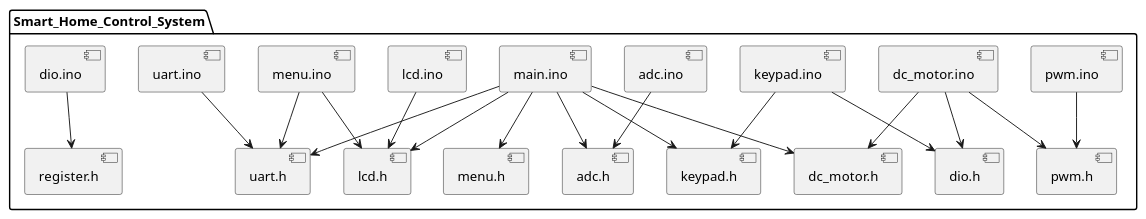
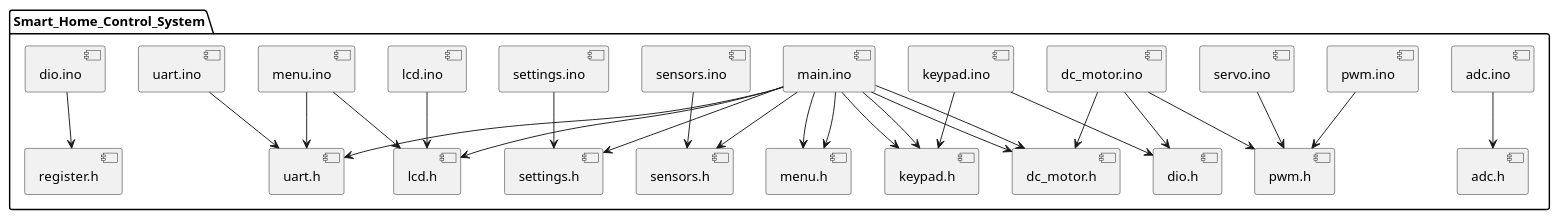
One commit to malikanas553/Smart-Home-Control-System changed the second of 2 diagrams in design/project_design_tpl.md. Above: the diagram before and after it, drawn with PlantUML.

Commit message:
Updated Include Section

````diff
--- a/design/project_design_tpl.md
+++ b/design/project_design_tpl.md
@@ -194,24 +194,32 @@
 ```plantuml
 @startuml
 package "Smart_Home_Control_System" {
     [adc.ino] --> [adc.h]
     [lcd.ino] --> [lcd.h]
     [uart.ino] --> [uart.h]
     [keypad.ino] --> [keypad.h]
     [keypad.ino] --> [dio.h]
     [pwm.ino] --> [pwm.h]
     [dc_motor.ino] --> [dc_motor.h]
     [dc_motor.ino] --> [dio.h]
     [dc_motor.ino] --> [pwm.h]
     [menu.ino] --> [lcd.h]
     [menu.ino] --> [uart.h]
-    [main.ino] --> [adc.h]
     [main.ino] --> [lcd.h]
     [main.ino] --> [uart.h]
     [main.ino] --> [keypad.h]
     [main.ino] --> [dc_motor.h]
     [main.ino] --> [menu.h]
     [dio.ino] --> [register.h]
+    [servo.ino] --> [pwm.h]
+    [sensors.ino] --> [sensors.h]
+    [settings.ino] --> [settings.h]
+    [main.ino] --> [keypad.h]
+    [main.ino] --> [dc_motor.h]
+    [main.ino] --> [menu.h]
+    [main.ino] --> [settings.h]
+    [main.ino] --> [sensors.h]
 }
 @enduml
+
 ```
````
